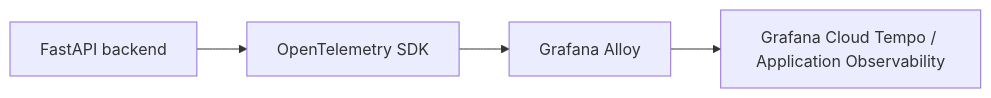
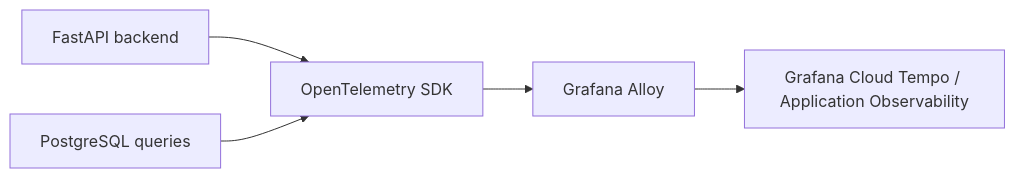
One commit to aldhairmartinez/aldhairmartinez.com changed the fifth of 5 diagrams in README.md. Above: the diagram before and after it, drawn with Mermaid. The commit also changed other lines of this file and 18 other files, not shown here.

First line of the commit message:
Complete V3: PostgreSQL data layer (contact, resume, project, deployment history)

````diff
--- a/README.md
+++ b/README.md
@@ -52,6 +88,7 @@
 ```mermaid
 flowchart LR
     A[FastAPI backend] --> B[OpenTelemetry SDK]
+    P[PostgreSQL queries] --> B
     B --> C[Grafana Alloy]
     C --> D[Grafana Cloud Tempo / Application Observability]
 ```
````
